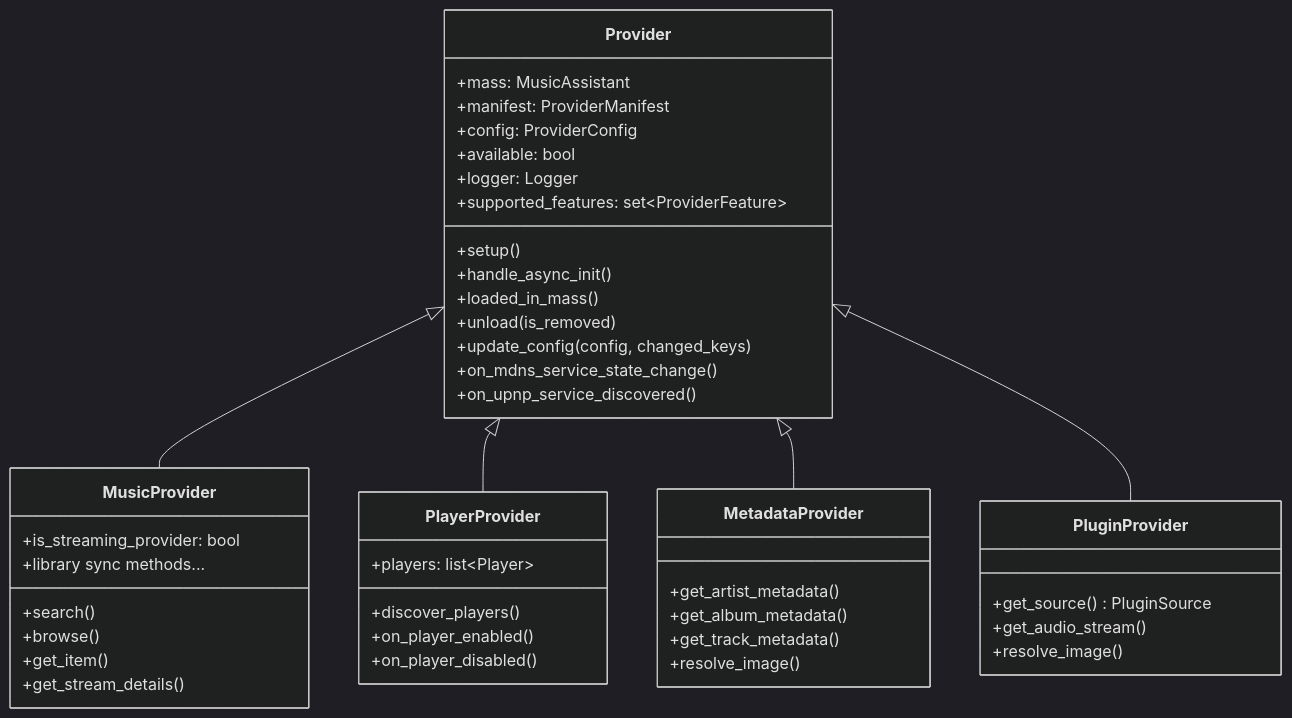
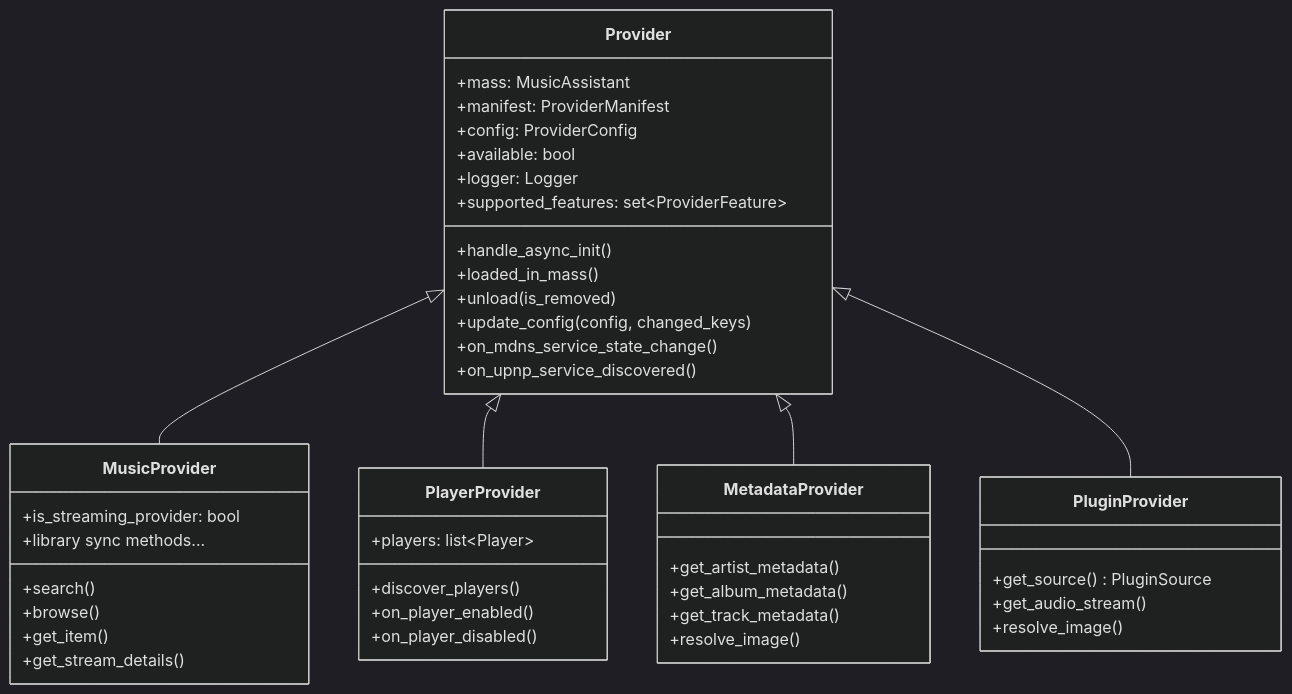
One commit to theturtle32/music-assistant-server changed the first of 2 diagrams in docs/architecture/15-provider-lifecycle.md. Above: the diagram before and after it, drawn with Mermaid (dark theme). The commit also changed other lines of this file and 19 other files, not shown here.

First line of the commit message:
Fix verified architecture doc inaccuracies from 3 independent reviews

````diff
--- a/docs/architecture/15-provider-lifecycle.md
+++ b/docs/architecture/15-provider-lifecycle.md
@@ -114,47 +114,46 @@
 ```mermaid
 classDiagram
     class Provider {
         +mass: MusicAssistant
         +manifest: ProviderManifest
         +config: ProviderConfig
         +available: bool
         +logger: Logger
         +supported_features: set~ProviderFeature~
-        +setup()
         +handle_async_init()
         +loaded_in_mass()
         +unload(is_removed)
         +update_config(config, changed_keys)
         +on_mdns_service_state_change()
         +on_upnp_service_discovered()
     }
     class MusicProvider {
         +is_streaming_provider: bool
         +search()
         +browse()
         +get_item()
         +get_stream_details()
         +library sync methods...
     }
     class PlayerProvider {
         +discover_players()
         +on_player_enabled()
         +on_player_disabled()
         +players: list~Player~
     }
     class MetadataProvider {
         +get_artist_metadata()
         +get_album_metadata()
         +get_track_metadata()
         +resolve_image()
     }
     class PluginProvider {
         +get_source() PluginSource
         +get_audio_stream()
         +resolve_image()
     }
     Provider <|-- MusicProvider
     Provider <|-- PlayerProvider
     Provider <|-- MetadataProvider
     Provider <|-- PluginProvider
 ```
````
